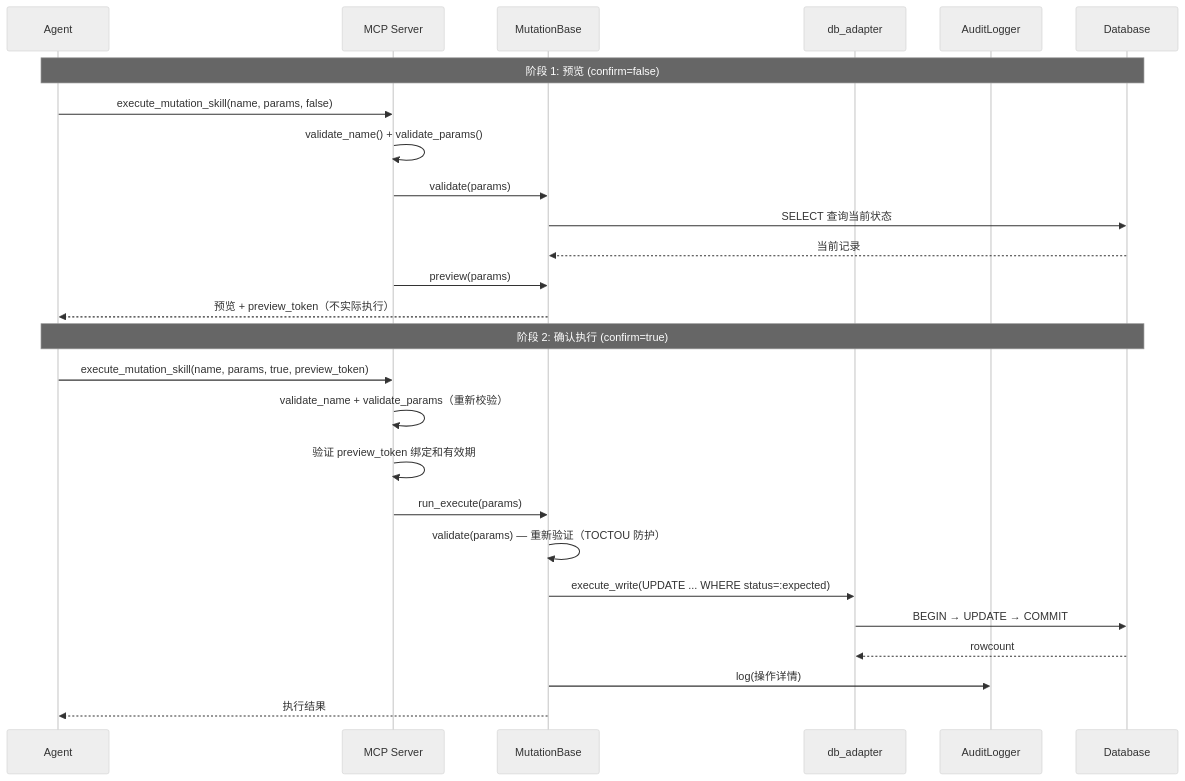
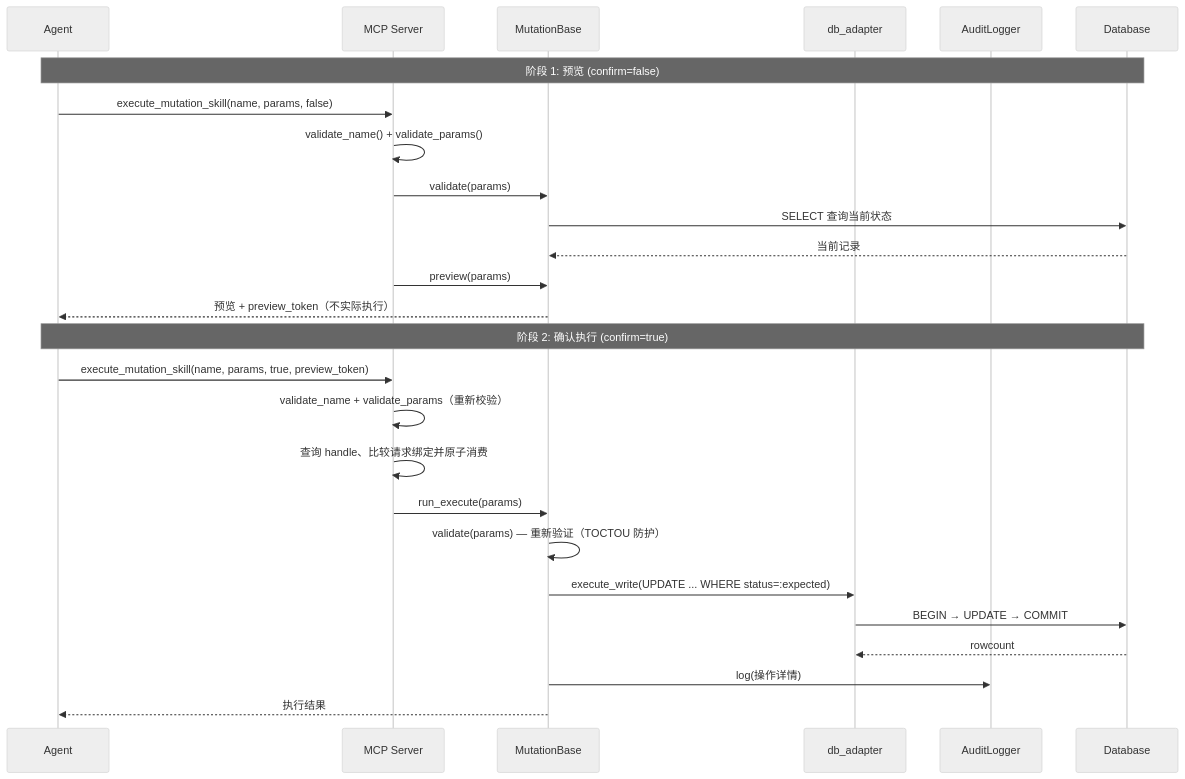
Before and after one commit to Firstmeridian/llm-sql-safety-executor-mcp: the third of 3 diagrams in README_ZH.md, drawn with Mermaid (neutral theme). The commit also changed other lines of this file and 25 other files, not shown here.

````diff
--- a/README_ZH.md
+++ b/README_ZH.md
@@ -1689,30 +1736,30 @@
 ```mermaid
 sequenceDiagram
     participant Agent
     participant MCP as MCP Server
     participant Mutation as MutationBase
     participant Adapter as db_adapter
     participant Audit as AuditLogger
     participant DB as Database
 
     Note over Agent,DB: 阶段 1: 预览 (confirm=false)
     Agent->>MCP: execute_mutation_skill(name, params, false)
     MCP->>MCP: validate_name() + validate_params()
     MCP->>Mutation: validate(params)
     Mutation->>DB: SELECT 查询当前状态
     DB-->>Mutation: 当前记录
     MCP->>Mutation: preview(params)
     Mutation-->>Agent: 预览 + preview_token（不实际执行）
 
     Note over Agent,DB: 阶段 2: 确认执行 (confirm=true)
     Agent->>MCP: execute_mutation_skill(name, params, true, preview_token)
     MCP->>MCP: validate_name + validate_params（重新校验）
-    MCP->>MCP: 验证 preview_token 绑定和有效期
+    MCP->>MCP: 查询 handle、比较请求绑定并原子消费
     MCP->>Mutation: run_execute(params)
     Mutation->>Mutation: validate(params) — 重新验证（TOCTOU 防护）
     Mutation->>Adapter: execute_write(UPDATE ... WHERE status=:expected)
     Adapter->>DB: BEGIN → UPDATE → COMMIT
     DB-->>Adapter: rowcount
     Mutation->>Audit: log(操作详情)
     Mutation-->>Agent: 执行结果
 ```
````
